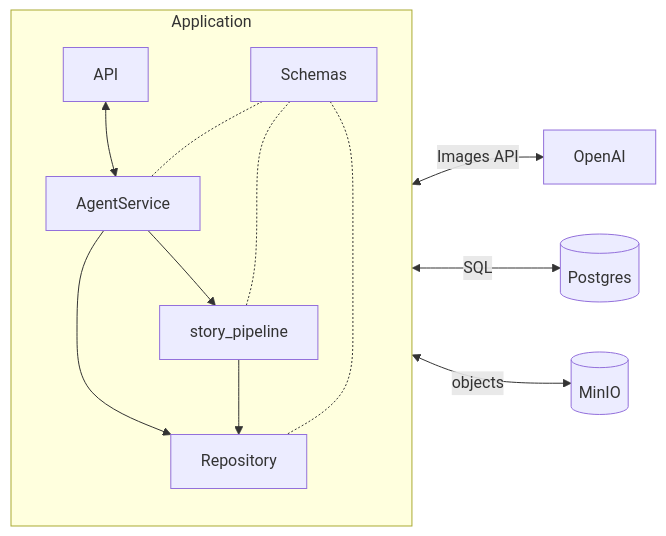
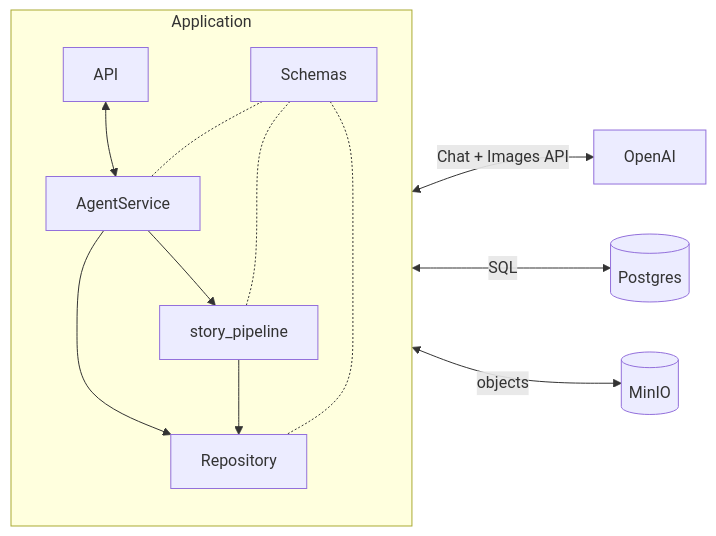
Before and after one commit to awnt9/storybook_agent: the diagram in README.md, drawn with Mermaid. The commit also changed other lines of this file and 3 other files, not shown here.

Commit message:
docs: update architecture and agent guides for new pipeline

````diff
--- a/README.md
+++ b/README.md
@@ -76,28 +76,28 @@
 ```mermaid
 flowchart LR
     LLM[OpenAI]
 
     subgraph app["Application"]
         direction TB
         API[API]
         Service[AgentService]
         Pipeline[story_pipeline]
         Repo[Repository]
         Schemas[Schemas]
 
         API <--> Service
         Service --> Pipeline
         Service --> Repo
         Pipeline --> Repo
         Schemas -.- Service
         Schemas -.- Pipeline
         Schemas -.- Repo
     end
 
     PG[(Postgres)]
     MINIO[(MinIO)]
 
-    Pipeline <-->|Images API| LLM
+    Pipeline <-->|Chat + Images API| LLM
     Repo <-->|SQL| PG
     Repo <-->|objects| MINIO
 ```
````
